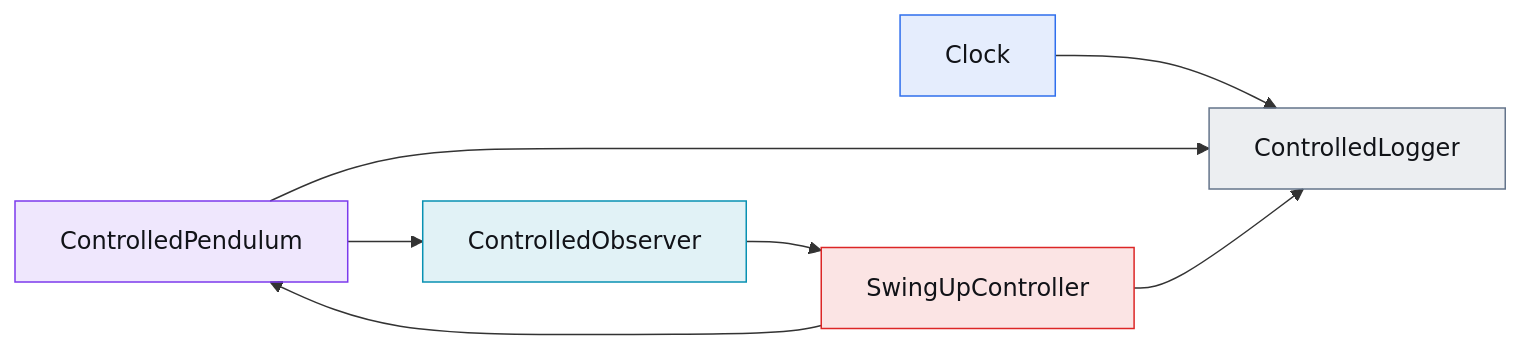
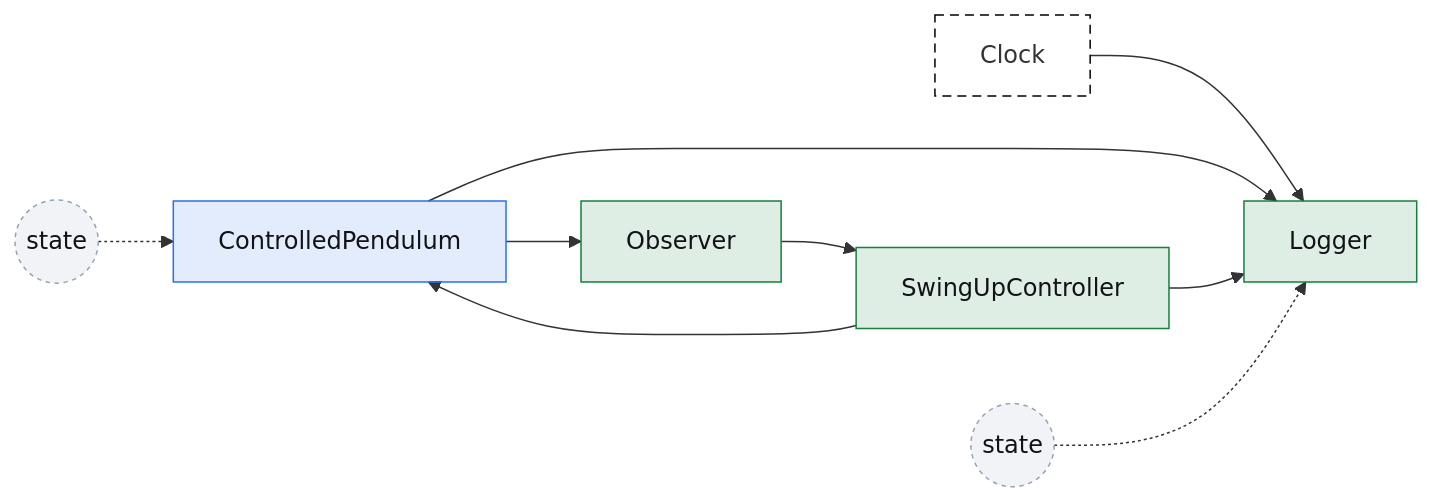
One commit to aidagroup/regelum changed the second of 2 diagrams in docs/examples/controlled_pendulum.md. Above: the diagram before and after it, drawn with Mermaid. The commit also changed other lines of this file and 11 other files, not shown here.

````diff
--- a/docs/examples/controlled_pendulum.md
+++ b/docs/examples/controlled_pendulum.md
@@ -68,20 +223,20 @@
 ```mermaid
 flowchart LR
-    clock["Clock"] --> logger["ControlledLogger"]
-    pendulum["ControlledPendulum"] --> observer["ControlledObserver"]
+    clock["Clock"] --> logger["Logger"]
+    pendulum["ControlledPendulum"] --> observer["Observer"]
     observer --> controller["SwingUpController"]
     controller --> pendulum
     pendulum --> logger
     controller --> logger
+    pendulum_state(("state")) -.-> pendulum
+    logger_state(("state")) -.-> logger
 
-    classDef pendulum fill:#7c3aed1f,stroke:#7c3aed,color:#111318
-    classDef observer fill:#0891b21f,stroke:#0891b2,color:#111318
-    classDef controller fill:#dc26261f,stroke:#dc2626,color:#111318
-    classDef logger fill:#64748b1f,stroke:#64748b,color:#111318
-    classDef clock fill:#2f6fed1f,stroke:#2f6fed,color:#111318
-    class pendulum pendulum
-    class observer observer
-    class controller controller
-    class logger logger
+    classDef observeControl fill:#15803d22,stroke:#15803d,color:#111318
+    classDef plant fill:#2f6fed22,stroke:#2f6fed,color:#111318
+    classDef clock fill:transparent,stroke:currentColor,stroke-dasharray:6 4
+    classDef state fill:#94a3b822,stroke:#94a3b8,stroke-dasharray:3 3,color:#111318
+    class observer,controller,logger observeControl
+    class pendulum plant
     class clock clock
+    class pendulum_state,logger_state state
 ```
````
